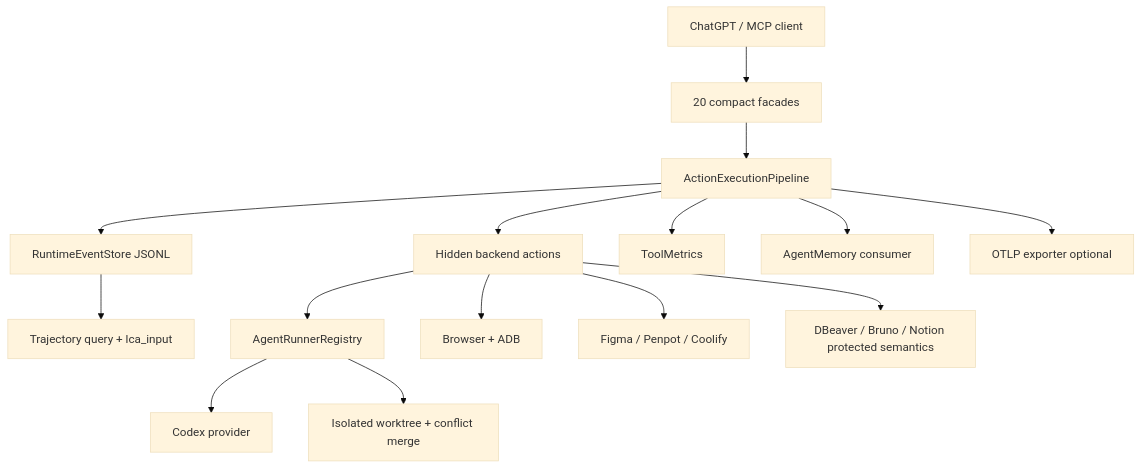
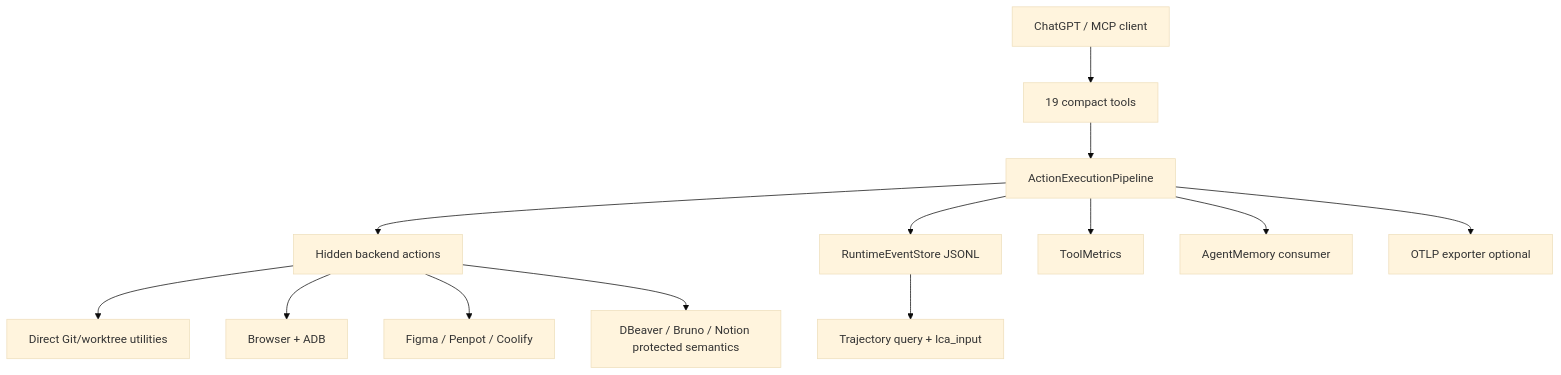
One commit to matxatamtay/lca-custom changed the diagram in docs/generated/runtime-graph.md. Above: the diagram before and after it, drawn with Mermaid (base theme). The commit also changed other lines of this file and 88 other files, not shown here.

Commit message:
feat: complete direct-only self-improvement roadmap

````diff
--- a/docs/generated/runtime-graph.md
+++ b/docs/generated/runtime-graph.md
@@ -4,17 +4,15 @@
 ```mermaid
 graph TD
-  ChatGPT[ChatGPT / MCP client] --> Compact[20 compact facades]
+  ChatGPT[ChatGPT / MCP client] --> Compact[19 compact tools]
   Compact --> Pipeline[ActionExecutionPipeline]
   Pipeline --> Backend[Hidden backend actions]
   Pipeline --> Events[RuntimeEventStore JSONL]
   Pipeline --> Metrics[ToolMetrics]
   Pipeline --> Memory[AgentMemory consumer]
   Pipeline --> OTEL[OTLP exporter optional]
   Events --> Trace[Trajectory query + lca_input]
-  Backend --> Agent[AgentRunnerRegistry]
-  Agent --> Codex[Codex provider]
-  Agent --> Worktree[Isolated worktree + conflict merge]
+  Backend --> Git[Direct Git/worktree utilities]
   Backend --> UI[Browser + ADB]
   Backend --> Integrations[Figma / Penpot / Coolify]
   Backend --> Protected[DBeaver / Bruno / Notion protected semantics]
 ```
````
